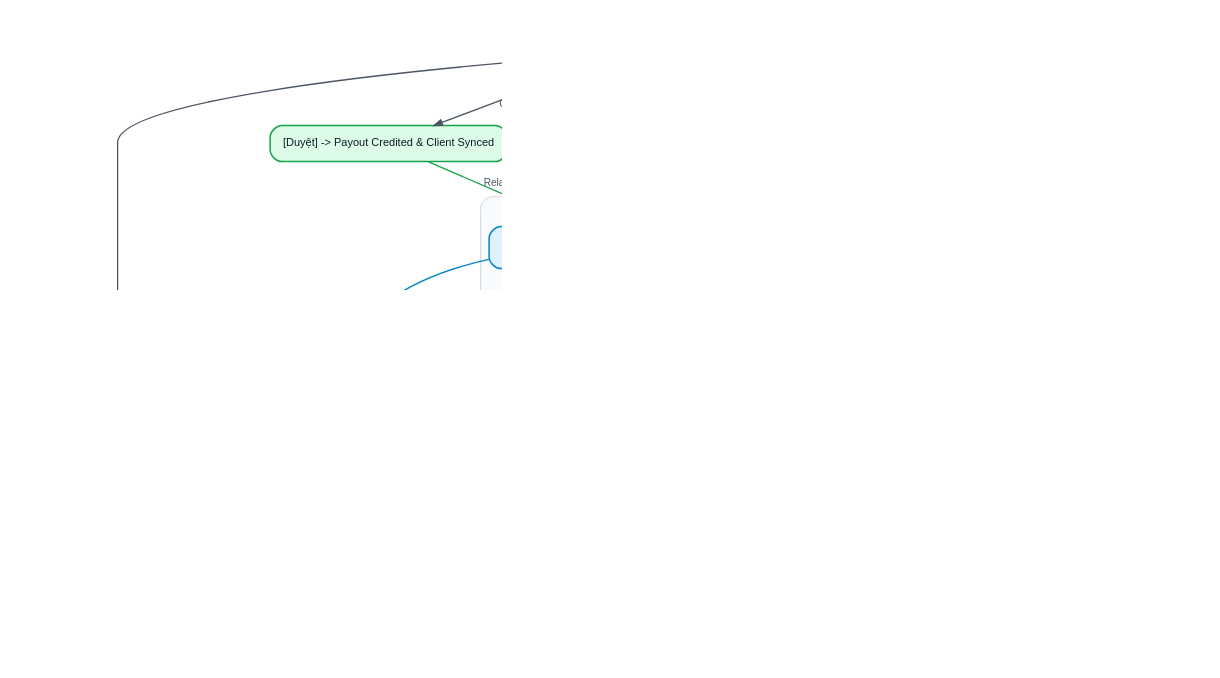
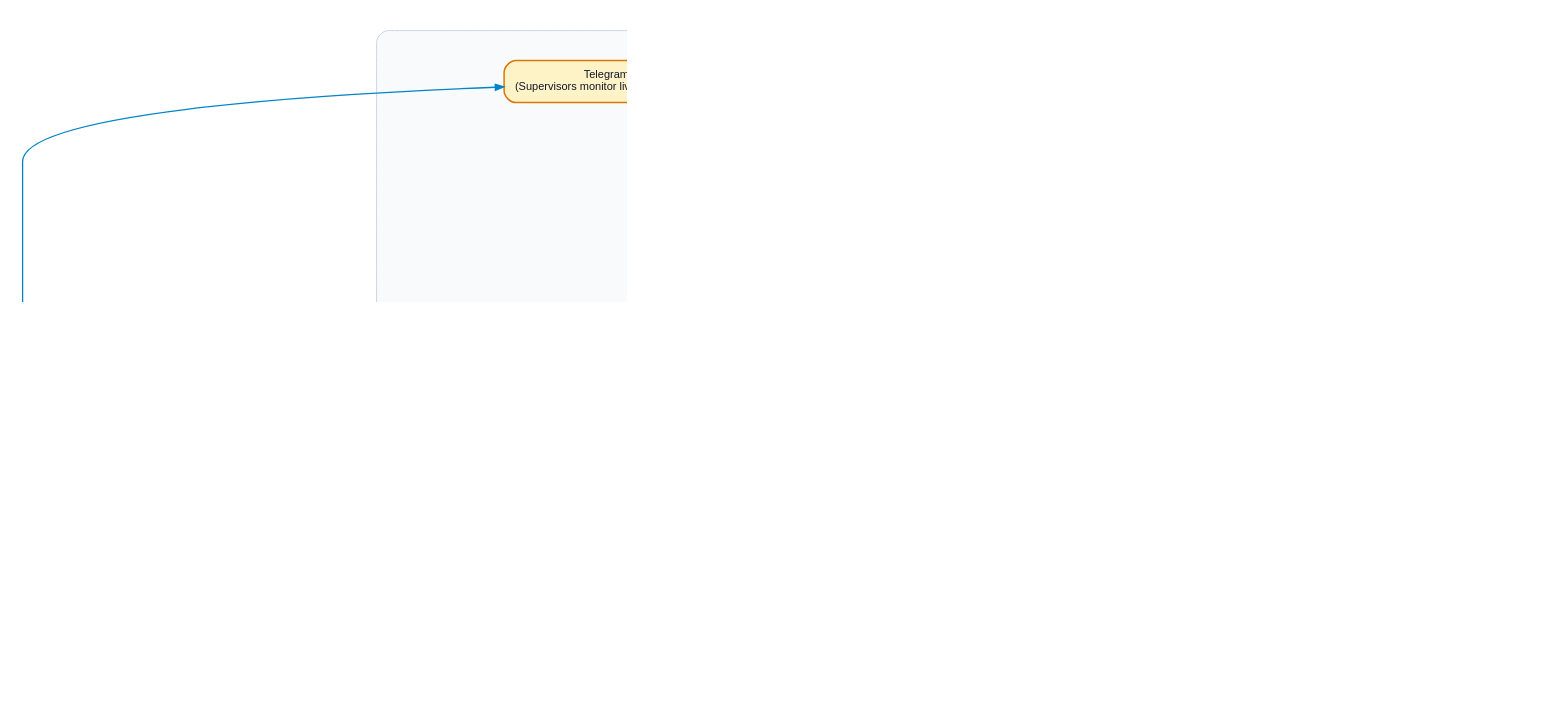
The diagram in docs/charts/dot/06_component_5_telegram_driver_ux_moderation.dot (btanh3812155/survey-pipeline), drawn with Graphviz before and after one commit. The commit also changed 30 other files, not shown here.

Commit message:
chore: commit all hardened security patches, adversarial test suites, and audit reports

```diff
--- a/docs/charts/dot/06_component_5_telegram_driver_ux_moderation.dot
+++ b/docs/charts/dot/06_component_5_telegram_driver_ux_moderation.dot
@@ -1,53 +1,58 @@
 
 digraph G {
     graph [rankdir=TB, bgcolor="white", dpi=180, nodesep=0.35, ranksep=0.45, fontname="Helvetica, Arial, sans-serif", fontsize=13, fontcolor="#111827", pad="0.3,0.3"];
     node [fontname="Helvetica, Arial, sans-serif", fontsize=11, fontcolor="#111827", shape=box, style="rounded,filled", fillcolor="#f9fafb", color="#9ca3af", penwidth=1.5, margin="0.2,0.12"];
     edge [fontname="Helvetica, Arial, sans-serif", fontsize=10, fontcolor="#4b5563", color="#4b5563", penwidth=1.3, arrowsize=0.85];
 
-    subgraph cluster_driver_flow {
-        label="1. Driver Private 1-to-1 Chat (Isolated & Privacy-Guaranteed)";
+    subgraph cluster_stage1 {
+        label="Stage 1: Driver Private 1-to-1 DM (100% Isolated Privacy: t.me/TenBot)";
         style="rounded,filled"; fillcolor="#f8fafc"; color="#cbd5e1";
-        driver_dm [label="Driver in Private 1-to-1 DM with Bot\n(Driver strictly sees ONLY their own chat & results)", fillcolor="#e0f2fe", color="#0284c7"];
-        bot_msg [label="Bot Rejection / Notice in DM:\nQuotes exact guidance & shows appeal button", fillcolor="#dcfce7", color="#16a34a"];
-        retake_photo [label="Driver Snaps & Sends Replacement Photo in DM\n(Patches Slot in DB & R2 -> Approved!)", fillcolor="#dcfce7", color="#16a34a"];
+        driver_dm [label="Driver in Private 1-to-1 DM with Bot\n(Strictly sees ONLY their own chat, submissions & bot notices)", fillcolor="#e0f2fe", color="#0284c7"];
+        bot_msg [label="Bot Direct Notice / Rejection in DM:\nQuotes exact guidance & shows 1-click appeal button", fillcolor="#dcfce7", color="#16a34a"];
+        retake_photo [label="Driver Snaps & Sends Replacement Photo in DM\n(Patches Slot in DB & R2 -> Auto-Approved!)", fillcolor="#dcfce7", color="#16a34a"];
         appeal_btn [label="Driver Taps Inline Button in DM:\n🙋 Yêu cầu kiểm tra lại", fillcolor="#fef3c7", color="#d97706"];
     }
 
-    subgraph cluster_relay_group {
-        label="2. Management Group Relay & Live Supervision (All Activity Forwarded)";
+    subgraph cluster_stage2 {
+        label="Stage 2: Automated Relay via Telegram Bot API (copyMessage / forwardMessage)";
         style="rounded,filled"; fillcolor="#f8fafc"; color="#cbd5e1";
-        admin_group [label="Telegram Management / Admin Group(s)\n(Bot relays ALL driver messages, photos & bot replies live)", fillcolor="#fef3c7", color="#d97706"];
-        mod_action [label="Admins Moderate Directly in Group\n1-Click Buttons: [Duyệt] [Từ chối] [Cảnh cáo] [Đổi xe]", fillcolor="#ffffff", color="#64748b"];
+        relay_worker [label="Automated Relay Handler (FastAPI / Bot API)\n• Driver messages & photos -> copyMessage / forwardMessage to Admin Group\n• Bot outbound notices -> mirrored to Admin Group with driver context\n• reply_to_message on relayed message routes back to Driver chat_id", fillcolor="#e0e7ff", color="#4338ca"];
+        redis_limit [label="Redis Counter Check (Rate Limit):\nAppeals in Last 8 Hours?", shape=diamond, fillcolor="#fef3c7", color="#d97706"];
+        block_popup [label="Block Appeal (> 3 in 8h):\nBẠN ĐÃ DÙNG HẾT LƯỢT KHIẾU NẠI TRONG 8H\n(Driver informed of quota exhaustion in DM)", fillcolor="#fee2e2", color="#dc2626"];
+        allow_appeal [label="Allow Appeal (<= 3 in 8h):\nIncrement 8h Counter & Forward Ticket to Admin Group\n(Bot notifies: Còn X/3 lượt trong 8h)", fillcolor="#dcfce7", color="#16a34a"];
     }
 
-    subgraph cluster_appeal_limit {
-        label="3. Rate-Limited Appeal & Quota Notification (Max 3 / 8h)";
+    subgraph cluster_stage3 {
+        label="Stage 3: Admin Live Supervision & Moderation Controls in Admin Group";
         style="rounded,filled"; fillcolor="#f8fafc"; color="#cbd5e1";
-        redis_limit [label="Redis Counter Check:\nAppeals in Last 8 Hours?", shape=diamond, fillcolor="#fef3c7", color="#d97706"];
-        block_popup [label="Block Appeal (> 3 in 8h):\nBẠN ĐÃ DÙNG HẾT LƯỢT KHIẾU NẠI TRONG 8H\n(Driver informed of quota exhaustion)", fillcolor="#fee2e2", color="#dc2626"];
-        allow_appeal [label="Allow Appeal (<= 3 in 8h):\nIncrement 8h Counter & Forward Ticket to Management Group\n(Bot notifies: Còn X/3 lượt trong 8h)", fillcolor="#dcfce7", color="#16a34a"];
+        admin_group [label="Telegram Admin Management Group\n(Supervisors monitor live feed of all driver interactions & appeals)", fillcolor="#fef3c7", color="#d97706"];
+        mod_action [label="Admins Moderate Directly in Group\n1-Click Buttons: [Duyệt] [Từ chối] [Cảnh cáo] [Đổi xe]\nOr reply directly to relayed message", fillcolor="#ffffff", color="#64748b"];
+        mod_dispatch [label="Admin Action Choice", shape=diamond, fillcolor="#fef3c7", color="#d97706"];
+        action_approve [label="[Duyệt] -> Payout Credited & Client Synced", fillcolor="#dcfce7", color="#16a34a"];
+        action_reject [label="[Từ chối] -> Rejection Confirmed", fillcolor="#fee2e2", color="#dc2626"];
+        action_warn [label="[Cảnh cáo] -> Warning Dispatched", fillcolor="#fee2e2", color="#dc2626"];
+        action_change [label="[Đổi xe] -> Update Persistent Vehicle Plate & Audit", fillcolor="#ede9fe", color="#7c3aed"];
     }
 
     driver_dm -> bot_msg;
     bot_msg -> retake_photo;
     bot_msg -> appeal_btn -> redis_limit;
     redis_limit -> block_popup [label="> 3 Appeals"];
     redis_limit -> allow_appeal [label="<= 3 Appeals"];
-    allow_appeal -> admin_group;
-    driver_dm -> admin_group [label="Bot Relays All Activity", color="#0284c7"];
-    bot_msg -> admin_group [label="Bot Relays All Activity", color="#0284c7"];
+    
+    driver_dm -> relay_worker [label="Driver messages & photos", color="#0284c7"];
+    bot_msg -> relay_worker [label="Bot status responses", color="#0284c7"];
+    allow_appeal -> relay_worker [label="Appeal ticket", color="#0284c7"];
+    
+    relay_worker -> admin_group [label="Automated copyMessage / forwardMessage", color="#0284c7"];
     admin_group -> mod_action;
-    mod_dispatch [label="Admin Action Choice", shape=diamond, fillcolor="#fef3c7", color="#d97706"];
-    action_approve [label="[Duyệt] -> Payout Credited & Client Synced", fillcolor="#dcfce7", color="#16a34a"];
-    action_reject [label="[Từ chối] -> Rejection Confirmed", fillcolor="#fee2e2", color="#dc2626"];
-    action_warn [label="[Cảnh cáo] -> Warning Dispatched", fillcolor="#fee2e2", color="#dc2626"];
-    action_change [label="[Đổi xe] -> Update Persistent Vehicle Plate & Audit", fillcolor="#ede9fe", color="#7c3aed"];
-
     mod_action -> mod_dispatch;
     mod_dispatch -> action_approve [label="Click Duyệt"];
     mod_dispatch -> action_reject [label="Click Từ chối"];
     mod_dispatch -> action_warn [label="Click Cảnh cáo"];
     mod_dispatch -> action_change [label="Click Đổi xe"];
+    
     action_approve -> driver_dm [label="Relayed to Driver DM", color="#16a34a"];
     action_reject -> driver_dm [label="Relayed to Driver DM", color="#dc2626"];
+    mod_action -> driver_dm [label="Admin reply_to_message relayed to Driver DM", style=dashed, color="#4338ca"];
 }
```
